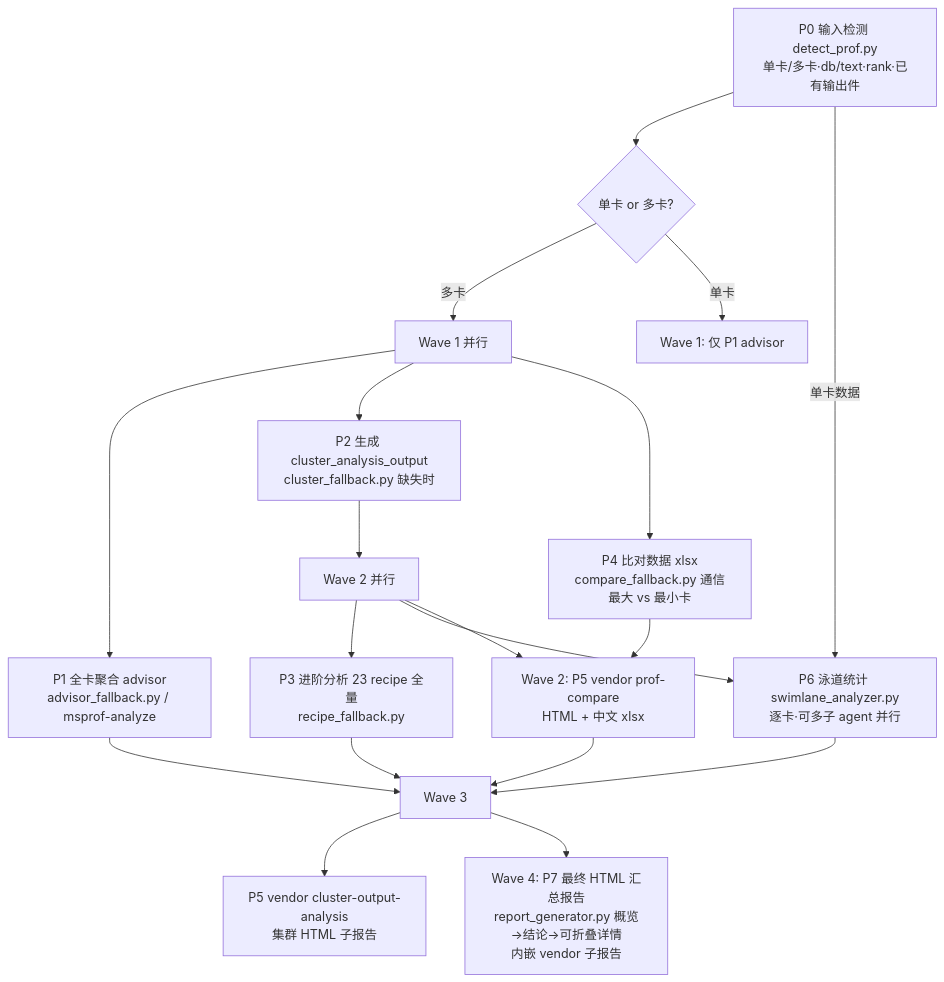
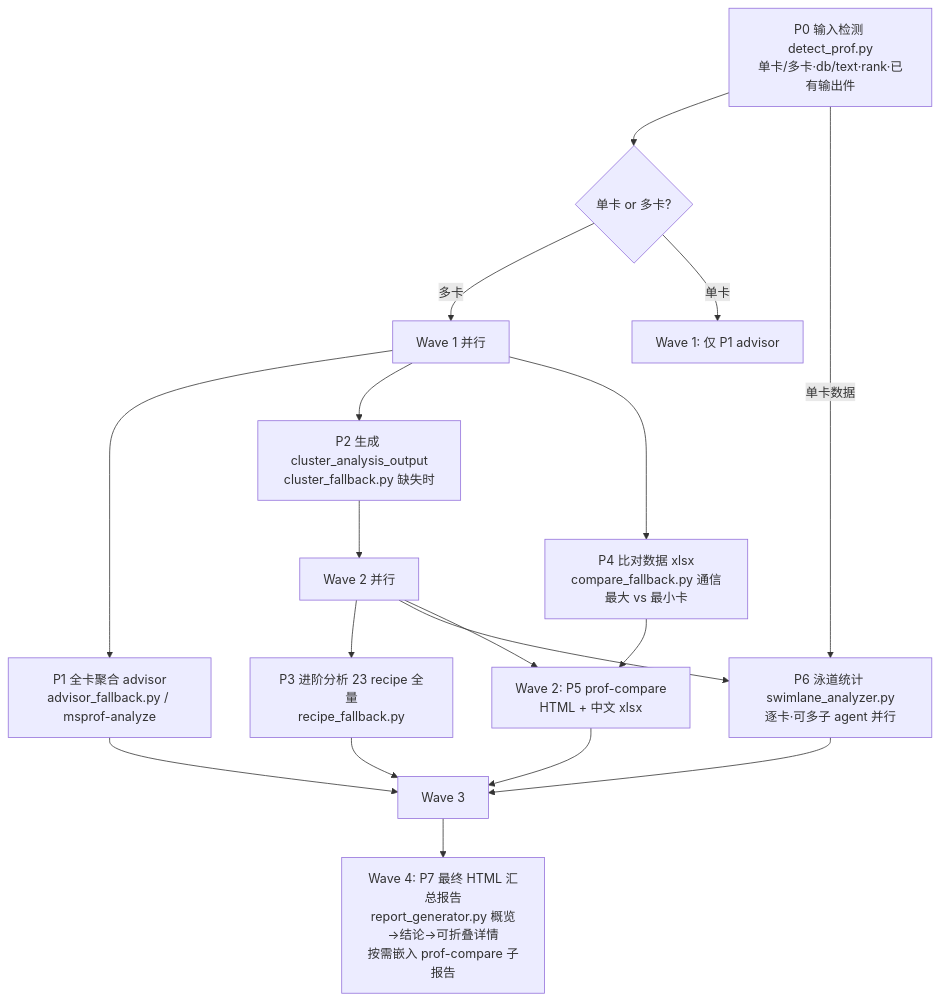
One commit to hu669293657/skills changed the diagram in cluster-analysis/README.md. Above: the diagram before and after it, drawn with Mermaid. The commit also changed other lines of this file and 83 other files, not shown here.

````diff
--- a/cluster-analysis/README.md
+++ b/cluster-analysis/README.md
@@ -90,21 +99,20 @@
 ```mermaid
 flowchart TD
     A[P0 输入检测 detect_prof.py<br/>单卡/多卡·db/text·rank·已有输出件] --> B{单卡 or 多卡?}
     B -->|多卡| C[Wave 1 并行]
     B -->|单卡| D[Wave 1: 仅 P1 advisor]
     C --> C1[P1 全卡聚合 advisor<br/>advisor_fallback.py / msprof-analyze]
     C --> C2[P2 生成 cluster_analysis_output<br/>cluster_fallback.py 缺失时]
     C --> C3[P4 比对数据 xlsx<br/>compare_fallback.py 通信最大 vs 最小卡]
     C2 --> E[Wave 2 并行]
-    C3 --> F[Wave 2: P5 vendor prof-compare<br/>HTML + 中文 xlsx]
+    C3 --> F[Wave 2: P5 prof-compare<br/>HTML + 中文 xlsx]
     A -->|单卡数据| G[P6 泳道统计 swimlane_analyzer.py<br/>逐卡·可多子 agent 并行]
     E --> E1[P3 进阶分析 23 recipe 全量<br/>recipe_fallback.py]
     E --> G
     E --> F
     C1 --> H[Wave 3]
     E1 --> H
     G --> H
     F --> H
-    H --> H1[P5 vendor cluster-output-analysis<br/>集群 HTML 子报告]
-    H --> I[Wave 4: P7 最终 HTML 汇总报告<br/>report_generator.py 概览→结论→可折叠详情<br/>内嵌 vendor 子报告]
+    H --> I[Wave 4: P7 最终 HTML 汇总报告<br/>report_generator.py 概览→结论→可折叠详情<br/>按需嵌入 prof-compare 子报告]
 ```
````
